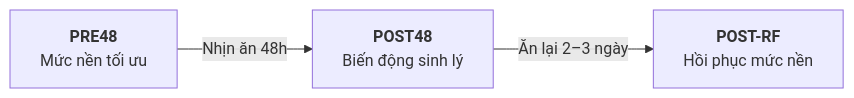
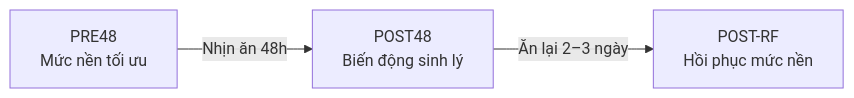
Before and after one commit to justinkaxau/mercury: the second of 2 diagrams in content/Nghiên cứu DELTA/Nghiên cứu DELTA - Bài 2. Bức tranh động học biomarker và năng lực phục hồi sinh học.md, drawn with Mermaid. The commit also changed other lines of this file and 5 other files, not shown here.

````diff
--- a/content/Nghiên cứu DELTA/Nghiên cứu DELTA - Bài 2. Bức tranh động học biomarker và năng lực phục hồi sinh học.md
+++ b/content/Nghiên cứu DELTA/Nghiên cứu DELTA - Bài 2. Bức tranh động học biomarker và năng lực phục hồi sinh học.md
@@ -50,5 +51,5 @@
 ```mermaid
 flowchart LR
-    A["<b>PRE48</b><br>Mức nền tối ưu"] -->|"Nhịn ăn 48h"| B["<b>POST48</b><br>Biến động sinh lý"]
-    B -->|"Ăn lại 2–3 ngày"| C["<b>POST-RF</b><br>Hồi phục mức nền"]
+    A["PRE48<br/>Mức nền tối ưu"] -->|"Nhịn ăn 48h"| B["POST48<br/>Biến động sinh lý"]
+    B -->|"Ăn lại 2–3 ngày"| C["POST-RF<br/>Hồi phục mức nền"]
 ```
````
